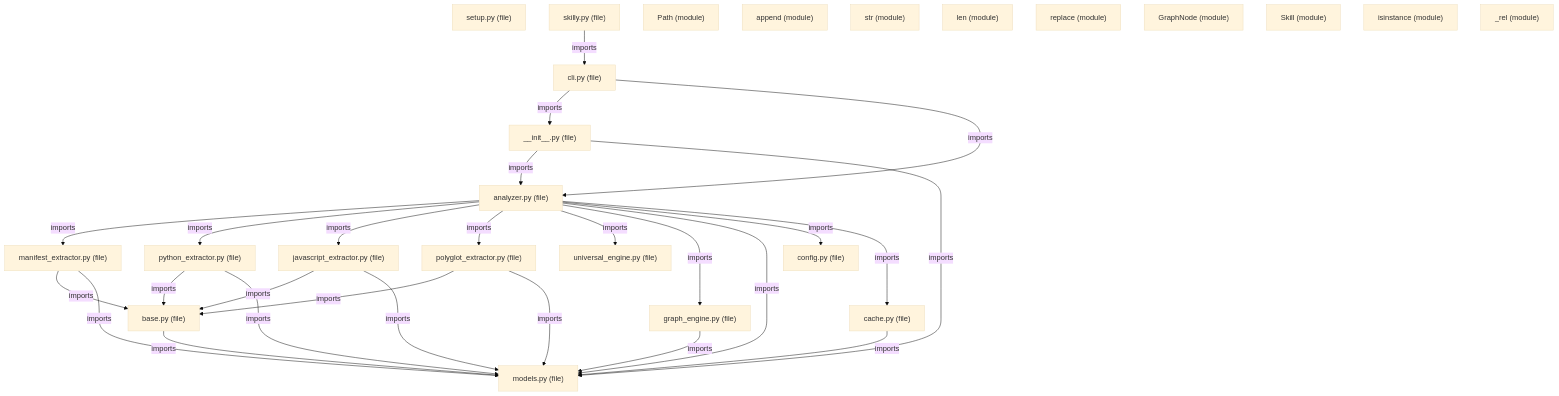
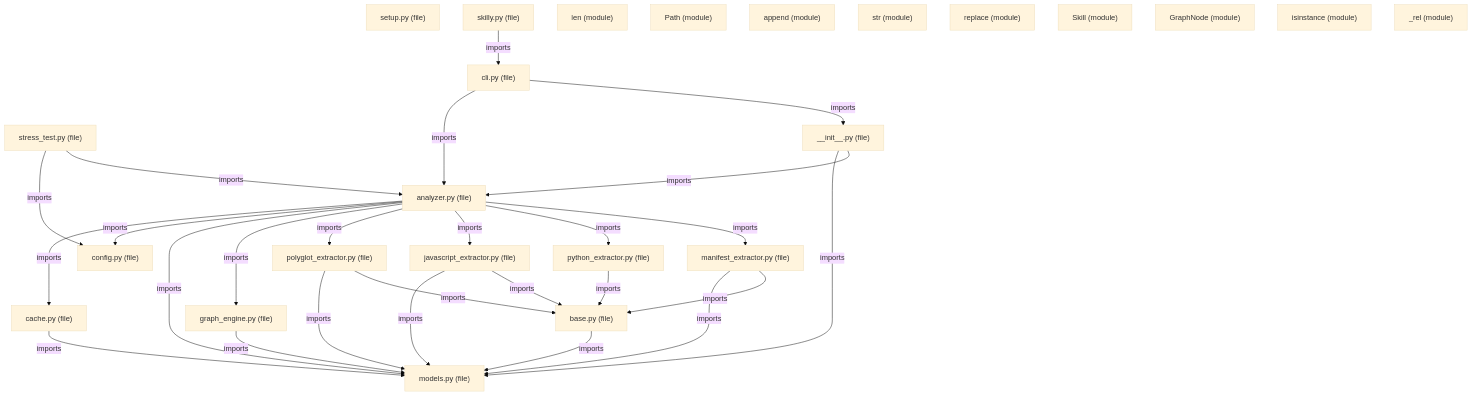
One commit to arastuthakur/skilly changed the diagram in knowledge_graph.md. Above: the diagram before and after it, drawn with Mermaid (base theme). The commit also changed other lines of this file and 19 other files, not shown here.

````diff
--- a/knowledge_graph.md
+++ b/knowledge_graph.md
@@ -37,52 +40,52 @@
 ```mermaid
 graph TD
     file_setup_py["setup.py (file)"]
     file_skilly_py["skilly.py (file)"]
+    file_scripts_stress_test_py["stress_test.py (file)"]
     file_skilly_core_analyzer_py["analyzer.py (file)"]
     file_skilly_core_cache_py["cache.py (file)"]
     file_skilly_core_cli_py["cli.py (file)"]
     file_skilly_core_config_py["config.py (file)"]
     file_skilly_core_graph_engine_py["graph_engine.py (file)"]
     file_skilly_core_models_py["models.py (file)"]
     file_skilly_core___init___py["__init__.py (file)"]
     file_skilly_core_extractors_base_py["base.py (file)"]
     file_skilly_core_extractors_javascript_extractor_py["javascript_extractor.py (file)"]
     file_skilly_core_extractors_manifest_extractor_py["manifest_extractor.py (file)"]
     file_skilly_core_extractors_polyglot_extractor_py["polyglot_extractor.py (file)"]
     file_skilly_core_extractors_python_extractor_py["python_extractor.py (file)"]
-    file_skilly_core_extractors_universal_engine_py["universal_engine.py (file)"]
+    len["len (module)"]
     Path["Path (module)"]
     append["append (module)"]
     str["str (module)"]
-    len["len (module)"]
     replace["replace (module)"]
+    Skill["Skill (module)"]
     GraphNode["GraphNode (module)"]
-    Skill["Skill (module)"]
     isinstance["isinstance (module)"]
     _rel["_rel (module)"]
     file_skilly_py -->|imports| file_skilly_core_cli_py
+    file_scripts_stress_test_py -->|imports| file_skilly_core_analyzer_py
+    file_scripts_stress_test_py -->|imports| file_skilly_core_config_py
     file_skilly_core_analyzer_py -->|imports| file_skilly_core_extractors_manifest_extractor_py
     file_skilly_core_analyzer_py -->|imports| file_skilly_core_extractors_python_extractor_py
     file_skilly_core_analyzer_py -->|imports| file_skilly_core_extractors_javascript_extractor_py
     file_skilly_core_analyzer_py -->|imports| file_skilly_core_extractors_polyglot_extractor_py
-    file_skilly_core_analyzer_py -->|imports| file_skilly_core_extractors_universal_engine_py
     file_skilly_core_analyzer_py -->|imports| file_skilly_core_graph_engine_py
     file_skilly_core_analyzer_py -->|imports| file_skilly_core_models_py
     file_skilly_core_analyzer_py -->|imports| file_skilly_core_config_py
     file_skilly_core_analyzer_py -->|imports| file_skilly_core_cache_py
     file_skilly_core_cache_py -->|imports| file_skilly_core_models_py
     file_skilly_core_cli_py -->|imports| file_skilly_core___init___py
     file_skilly_core_cli_py -->|imports| file_skilly_core_analyzer_py
     file_skilly_core_graph_engine_py -->|imports| file_skilly_core_models_py
     file_skilly_core___init___py -->|imports| file_skilly_core_analyzer_py
     file_skilly_core___init___py -->|imports| file_skilly_core_models_py
     file_skilly_core_extractors_base_py -->|imports| file_skilly_core_models_py
     file_skilly_core_extractors_javascript_extractor_py -->|imports| file_skilly_core_extractors_base_py
     file_skilly_core_extractors_javascript_extractor_py -->|imports| file_skilly_core_models_py
     file_skilly_core_extractors_manifest_extractor_py -->|imports| file_skilly_core_extractors_base_py
     file_skilly_core_extractors_manifest_extractor_py -->|imports| file_skilly_core_models_py
     file_skilly_core_extractors_polyglot_extractor_py -->|imports| file_skilly_core_extractors_base_py
     file_skilly_core_extractors_polyglot_extractor_py -->|imports| file_skilly_core_models_py
     file_skilly_core_extractors_python_extractor_py -->|imports| file_skilly_core_extractors_base_py
-    file_skilly_core_extractors_python_extractor_py -->|imports| file_skilly_core_models_py
 ```
````
